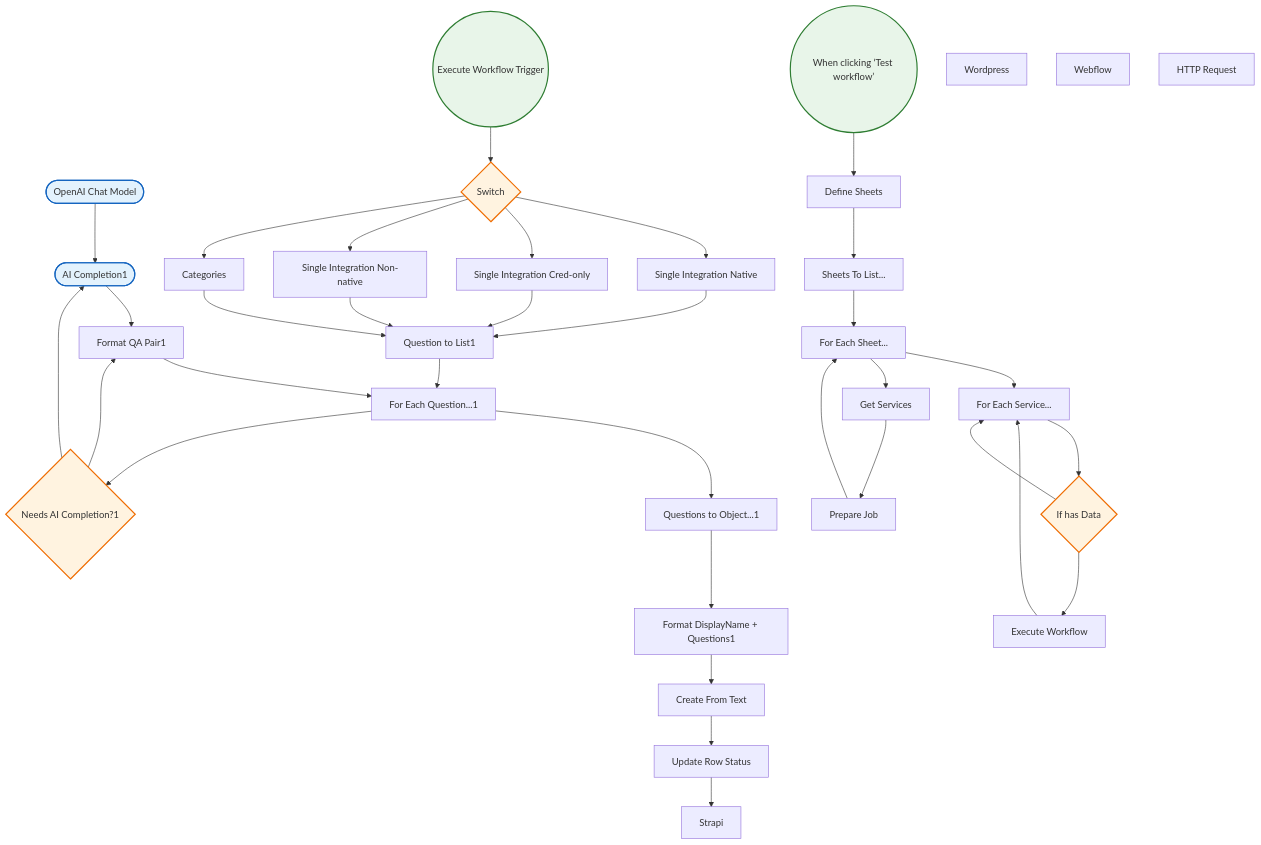
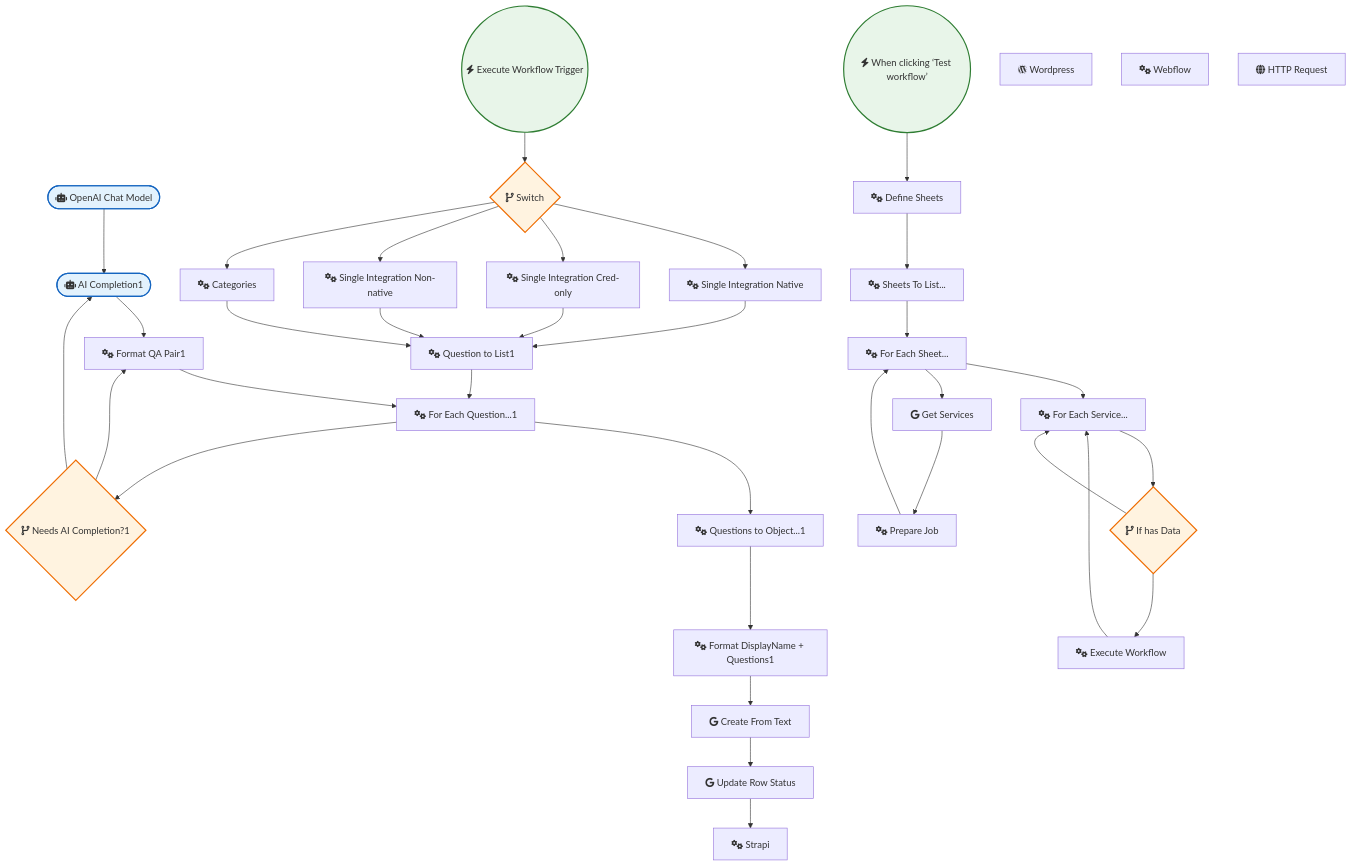
The diagram in OpenAI_and_LLMs/Enrich FAQ sections on your website pages at scale with AI.md (sreyash3105/N8N-DEMO-AUTOMATIONS), drawn with Mermaid before and after one commit. The commit also changed 291 other files, not shown here.

````diff
--- a/OpenAI_and_LLMs/Enrich FAQ sections on your website pages at scale with AI.md
+++ b/OpenAI_and_LLMs/Enrich FAQ sections on your website pages at scale with AI.md
@@ -1,69 +1,69 @@
 ```mermaid
 graph TD
     classDef trigger fill:#e8f5e9,stroke:#2e7d32,stroke-width:2px;
     classDef ai fill:#e3f2fd,stroke:#1565c0,stroke-width:2px;
     classDef logic fill:#fff3e0,stroke:#ef6c00,stroke-width:2px;
 
-    When_clicking__Test_workflow_(("When clicking ‘Test workflow’")):::trigger
-    OpenAI_Chat_Model(["OpenAI Chat Model"]):::ai
-    Format_QA_Pair1["Format QA Pair1"]
-    For_Each_Question___1["For Each Question...1"]
-    Question_to_List1["Question to List1"]
-    Questions_to_Object___1["Questions to Object...1"]
-    Format_DisplayName___Questions1["Format DisplayName + Questions1"]
-    Create_From_Text["Create From Text"]
-    Define_Sheets["Define Sheets"]
-    Sheets_To_List___["Sheets To List..."]
-    Get_Services["Get Services"]
-    Single_Integration_Cred_only["Single Integration Cred-only"]
-    Single_Integration_Native["Single Integration Native"]
-    Categories["Categories"]
-    For_Each_Sheet___["For Each Sheet..."]
-    Execute_Workflow_Trigger(("Execute Workflow Trigger")):::trigger
-    Execute_Workflow["Execute Workflow"]
-    Prepare_Job["Prepare Job"]
-    For_Each_Service___["For Each Service..."]
-    Update_Row_Status["Update Row Status"]
-    Single_Integration_Non_native["Single Integration Non-native"]
-    If_has_Data{"If has Data"}:::logic
-    Needs_AI_Completion_1{"Needs AI Completion?1"}:::logic
-    Switch{"Switch"}:::logic
-    Strapi["Strapi"]
-    Wordpress["Wordpress"]
-    Webflow["Webflow"]
-    HTTP_Request["HTTP Request"]
-    AI_Completion1(["AI Completion1"]):::ai
+    When_clicking__Test_workflow_(("fas:fa-bolt When clicking ‘Test workflow’")):::trigger
+    OpenAI_Chat_Model(["fas:fa-robot OpenAI Chat Model"]):::ai
+    Format_QA_Pair1["fas:fa-cogs Format QA Pair1"]
+    For_Each_Question___1["fas:fa-cogs For Each Question...1"]
+    Question_to_List1["fas:fa-cogs Question to List1"]
+    Questions_to_Object___1["fas:fa-cogs Questions to Object...1"]
+    Format_DisplayName___Questions1["fas:fa-cogs Format DisplayName + Questions1"]
+    Create_From_Text["fab:fa-google Create From Text"]
+    Define_Sheets["fas:fa-cogs Define Sheets"]
+    Sheets_To_List___["fas:fa-cogs Sheets To List..."]
+    Get_Services["fab:fa-google Get Services"]
+    Single_Integration_Cred_only["fas:fa-cogs Single Integration Cred-only"]
+    Single_Integration_Native["fas:fa-cogs Single Integration Native"]
+    Categories["fas:fa-cogs Categories"]
+    For_Each_Sheet___["fas:fa-cogs For Each Sheet..."]
+    Execute_Workflow_Trigger(("fas:fa-bolt Execute Workflow Trigger")):::trigger
+    Execute_Workflow["fas:fa-cogs Execute Workflow"]
+    Prepare_Job["fas:fa-cogs Prepare Job"]
+    For_Each_Service___["fas:fa-cogs For Each Service..."]
+    Update_Row_Status["fab:fa-google Update Row Status"]
+    Single_Integration_Non_native["fas:fa-cogs Single Integration Non-native"]
+    If_has_Data{"fas:fa-code-branch If has Data"}:::logic
+    Needs_AI_Completion_1{"fas:fa-code-branch Needs AI Completion?1"}:::logic
+    Switch{"fas:fa-code-branch Switch"}:::logic
+    Strapi["fas:fa-cogs Strapi"]
+    Wordpress["fab:fa-wordpress Wordpress"]
+    Webflow["fas:fa-cogs Webflow"]
+    HTTP_Request["fas:fa-globe HTTP Request"]
+    AI_Completion1(["fas:fa-robot AI Completion1"]):::ai
 
     Switch --> Single_Integration_Native
     Switch --> Single_Integration_Cred_only
     Switch --> Single_Integration_Non_native
     Switch --> Categories
     Categories --> Question_to_List1
     If_has_Data --> Execute_Workflow
     If_has_Data --> For_Each_Service___
     Prepare_Job --> For_Each_Sheet___
     Get_Services --> Prepare_Job
     Define_Sheets --> Sheets_To_List___
     AI_Completion1 --> Format_QA_Pair1
     Format_QA_Pair1 --> For_Each_Question___1
     Create_From_Text --> Update_Row_Status
     Execute_Workflow --> For_Each_Service___
     For_Each_Sheet___ --> For_Each_Service___
     For_Each_Sheet___ --> Get_Services
     OpenAI_Chat_Model --> AI_Completion1
     Question_to_List1 --> For_Each_Question___1
     Sheets_To_List___ --> For_Each_Sheet___
     Update_Row_Status --> Strapi
     For_Each_Service___ --> If_has_Data
     For_Each_Question___1 --> Questions_to_Object___1
     For_Each_Question___1 --> Needs_AI_Completion_1
     Needs_AI_Completion_1 --> Format_QA_Pair1
     Needs_AI_Completion_1 --> AI_Completion1
     Questions_to_Object___1 --> Format_DisplayName___Questions1
     Execute_Workflow_Trigger --> Switch
     Single_Integration_Native --> Question_to_List1
     Single_Integration_Cred_only --> Question_to_List1
     Single_Integration_Non_native --> Question_to_List1
     Format_DisplayName___Questions1 --> Create_From_Text
     When_clicking__Test_workflow_ --> Define_Sheets
 ```
````
